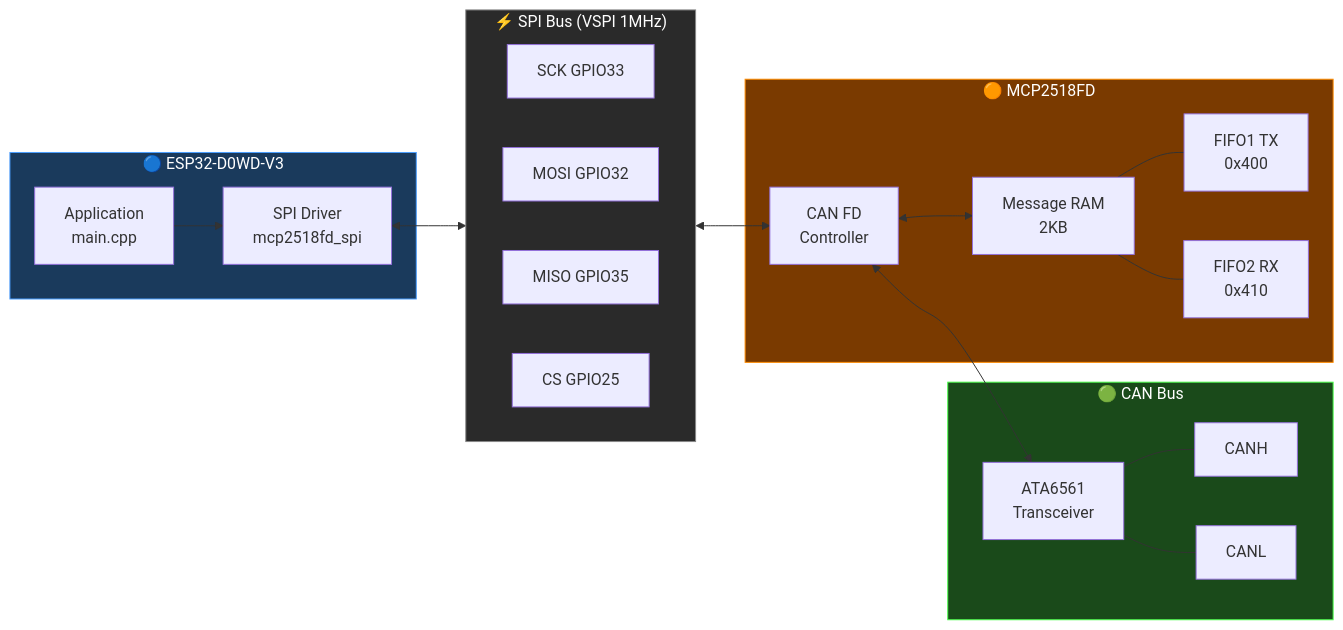
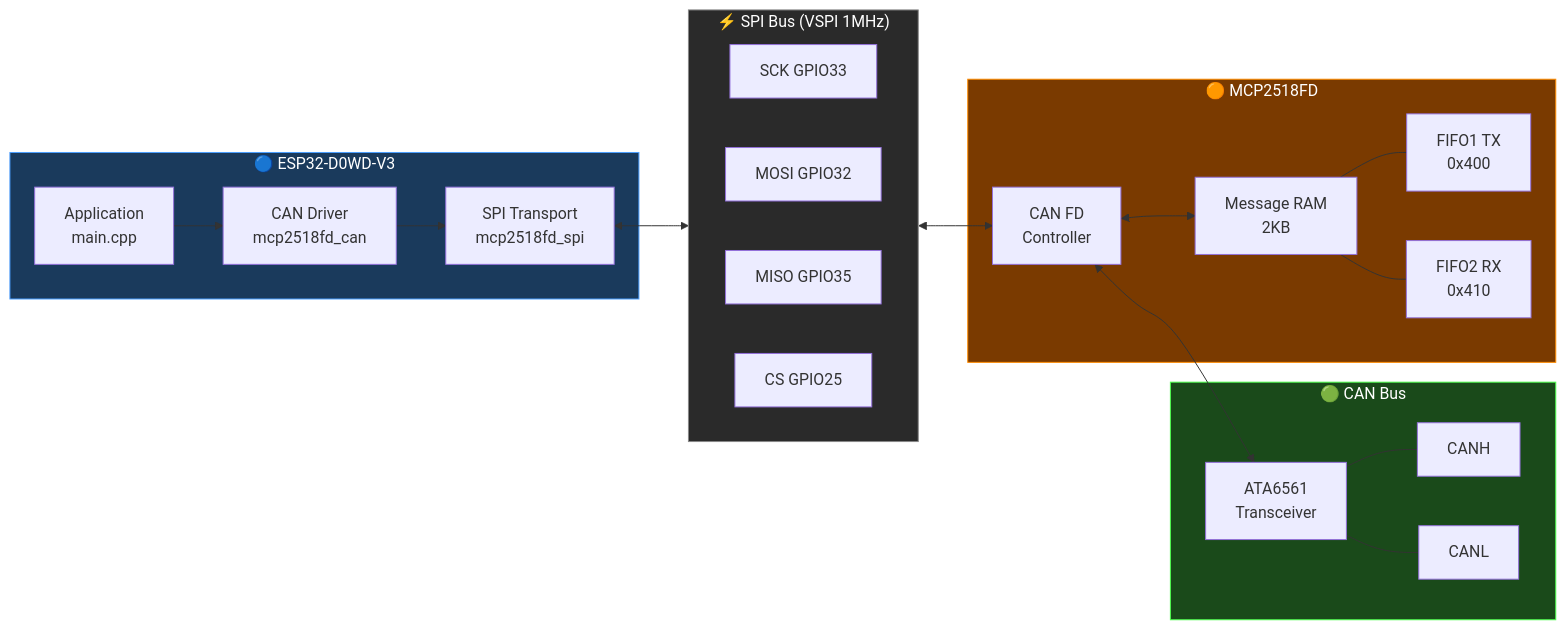
One commit to FoodyFood/esp32-mcp2518fd-driver changed the diagram in README.md. Above: the diagram before and after it, drawn with Mermaid. The commit also changed other lines of this file and 5 other files, not shown here.

````diff
--- a/README.md
+++ b/README.md
@@ -7,43 +7,45 @@
 ```mermaid
 graph LR
     subgraph ESP32["🔵 ESP32-D0WD-V3"]
         APP["Application\nmain.cpp"]
-        DRV["SPI Driver\nmcp2518fd_spi"]
+        CAN["CAN Driver\nmcp2518fd_can"]
+        DRV["SPI Transport\nmcp2518fd_spi"]
     end
 
     subgraph SPI["⚡ SPI Bus (VSPI 1MHz)"]
         direction LR
         SCK["SCK GPIO33"]
         MOSI["MOSI GPIO32"]
         MISO["MISO GPIO35"]
         CS["CS GPIO25"]
     end
 
     subgraph MCP["🟠 MCP2518FD"]
         CTRL["CAN FD\nController"]
         RAM["Message RAM\n2KB"]
         FIFO1["FIFO1 TX\n0x400"]
         FIFO2["FIFO2 RX\n0x410"]
     end
 
     subgraph BUS["🟢 CAN Bus"]
         TRX["ATA6561\nTransceiver"]
         CANH["CANH"]
         CANL["CANL"]
     end
 
-    APP --> DRV
+    APP --> CAN
+    CAN --> DRV
     DRV <--> SPI
     SPI <--> CTRL
     CTRL <--> RAM
     RAM --- FIFO1
     RAM --- FIFO2
     CTRL <--> TRX
     TRX --- CANH
     TRX --- CANL
 
     style ESP32 fill:#1a3a5c,stroke:#4a9eff,color:#fff
     style MCP fill:#7a3a00,stroke:#ff8c00,color:#fff
     style BUS fill:#1a4a1a,stroke:#4aff4a,color:#fff
     style SPI fill:#2a2a2a,stroke:#888,color:#fff
 ```
````
